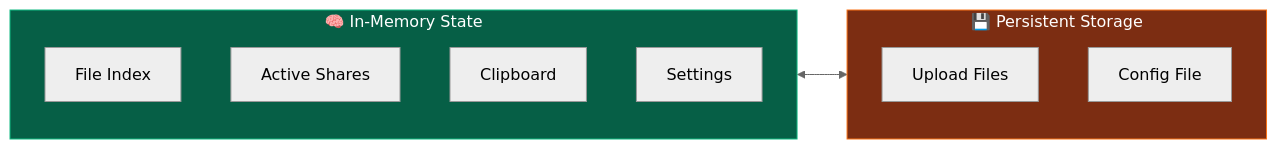
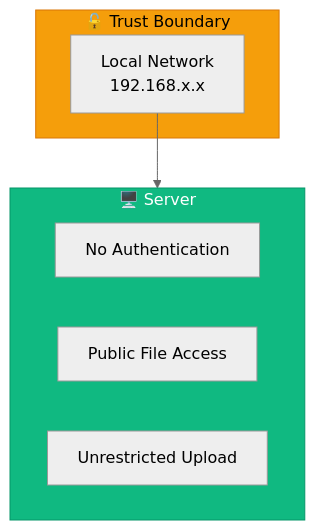
Before and after one commit to hetcharusat/sharejadpi: the eighth of 16 diagrams in SGP_phase1/docs/architecture.md, drawn with Mermaid (neutral theme). The commit also changed other lines of this file and 1 other file, not shown here.

Commit message:
docs: comprehensive architecture with design patterns, workflows, and diagrams

````diff
--- a/SGP_phase1/docs/architecture.md
+++ b/SGP_phase1/docs/architecture.md
@@ -423,19 +435,17 @@
 ```mermaid
-flowchart LR
-    subgraph Memory["🧠 In-Memory State"]
-        Files["File Index"]
-        Shares["Active Shares"]
-        Clipboard["Clipboard"]
-        Settings["Settings"]
+graph TB
+    subgraph Trust["🔓 Trust Boundary"]
+        Network["Local Network<br/>192.168.x.x"]
     end
     
-    subgraph Disk["💾 Persistent Storage"]
-        Uploads["Upload Files"]
-        Config["Config File"]
+    subgraph Server["🖥️ Server"]
+        Auth["No Authentication"]
+        Files["Public File Access"]
+        Upload["Unrestricted Upload"]
     end
     
-    Memory <--> Disk
+    Network --> Server
     
-    style Memory fill:#065f46,stroke:#10b981,color:#fff
-    style Disk fill:#7c2d12,stroke:#f97316,color:#fff
+    style Trust fill:#f59e0b,stroke:#d97706,color:#000
+    style Server fill:#10b981,stroke:#059669,color:#fff
 ```
````
